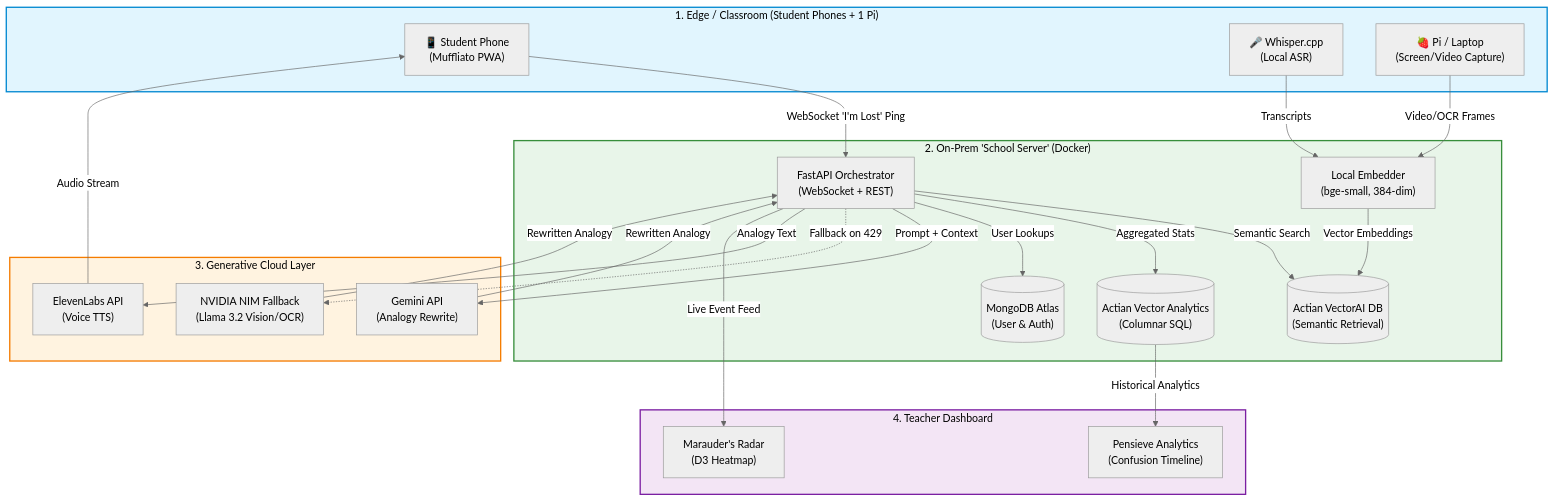
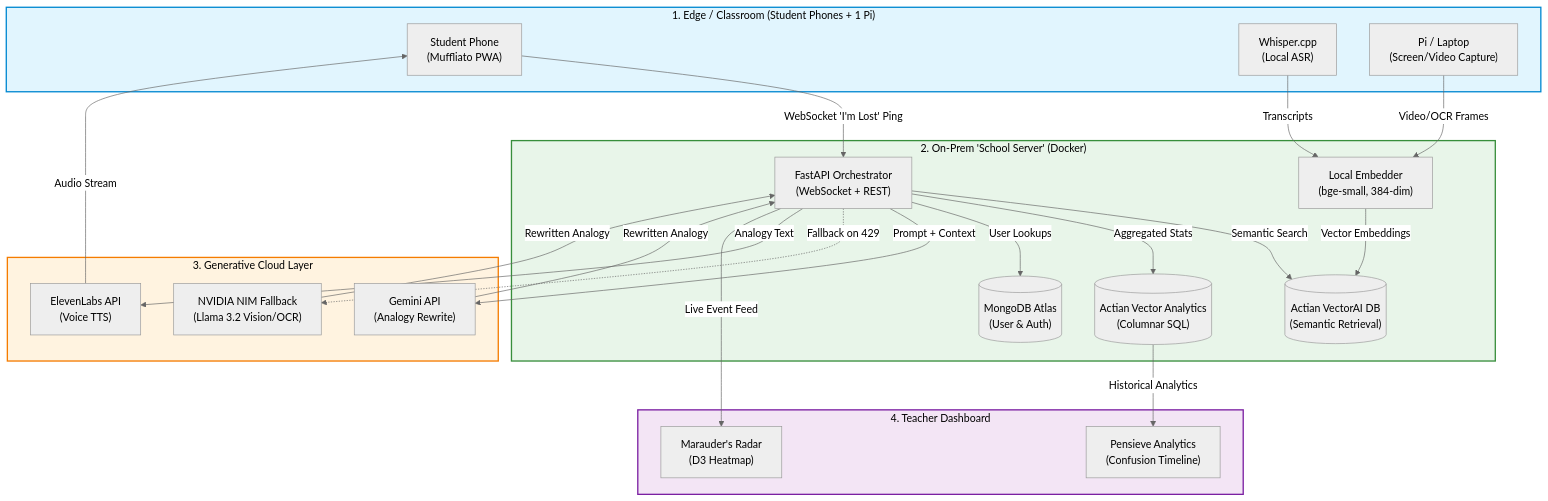
The diagram in README.md (Sourodyuti/TeamTraction), drawn with Mermaid (neutral theme) before and after one commit. The commit also changed other lines of this file, not shown here.

````diff
--- a/README.md
+++ b/README.md
@@ -54,63 +54,63 @@
 ```mermaid
 flowchart TD
   %% Edge / Classroom Layer
   subgraph EDGE ["1. Edge / Classroom (Student Phones + 1 Pi)"]
-    P1["📱 Student Phone<br/>(Muffliato PWA)"]
-    P2["🎤 Whisper.cpp<br/>(Local ASR)"]
-    P3["🍓 Pi / Laptop<br/>(Screen/Video Capture)"]
+    P1[" Student Phone<br/>(Muffliato PWA)"]
+    P2[" Whisper.cpp<br/>(Local ASR)"]
+    P3[" Pi / Laptop<br/>(Screen/Video Capture)"]
   end
 
   %% On-Prem School Server Layer
   subgraph CORE ["2. On-Prem 'School Server' (Docker)"]
     API["FastAPI Orchestrator<br/>(WebSocket + REST)"]
     EMB["Local Embedder<br/>(bge-small, 384-dim)"]
     ADB[("Actian VectorAI DB<br/>(Semantic Retrieval)")]
     AVEC[("Actian Vector Analytics<br/>(Columnar SQL)")]
     MONGO[("MongoDB Atlas<br/>(User & Auth)")]
   end
 
   %% Generative Cloud Layer
   subgraph CLOUD ["3. Generative Cloud Layer"]
     GEM["Gemini API<br/>(Analogy Rewrite)"]
     NVIDIA["NVIDIA NIM Fallback<br/>(Llama 3.2 Vision/OCR)"]
     ELE["ElevenLabs API<br/>(Voice TTS)"]
   end
 
   %% Teacher Dashboard Layer
   subgraph UI ["4. Teacher Dashboard"]
     RAD["Marauder's Radar<br/>(D3 Heatmap)"]
     PEN["Pensieve Analytics<br/>(Confusion Timeline)"]
   end
 
   %% Data Flow Connections
   P1 -- "WebSocket 'I'm Lost' Ping" --> API
   P2 -- "Transcripts" --> EMB
   P3 -- "Video/OCR Frames" --> EMB
   
   EMB -- "Vector Embeddings" --> ADB
   API -- "Semantic Search" --> ADB
   API -- "Aggregated Stats" --> AVEC
   API -- "User Lookups" --> MONGO
   
   API -- "Prompt + Context" --> GEM
   API -. "Fallback on 429" .-> NVIDIA
   GEM -- "Rewritten Analogy" --> API
   NVIDIA -- "Rewritten Analogy" --> API
   
   API -- "Analogy Text" --> ELE
   ELE -- "Audio Stream" --> P1
   
   API -- "Live Event Feed" --> RAD
   AVEC -- "Historical Analytics" --> PEN
 
   %% Styling
   classDef edge fill:#e1f5fe,stroke:#0288d1,stroke-width:2px,color:#000
   classDef core fill:#e8f5e9,stroke:#388e3c,stroke-width:2px,color:#000
   classDef cloud fill:#fff3e0,stroke:#f57c00,stroke-width:2px,color:#000
   classDef ui fill:#f3e5f5,stroke:#7b1fa2,stroke-width:2px,color:#000
   
   class EDGE edge
   class CORE core
   class CLOUD cloud
   class UI ui
 ```
````
